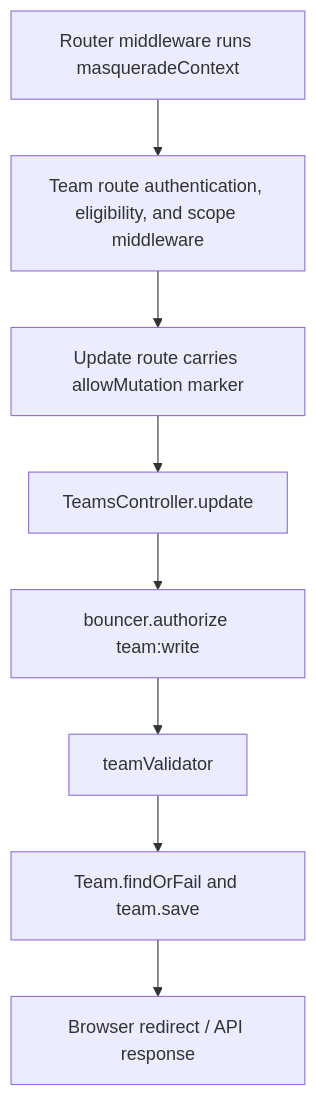
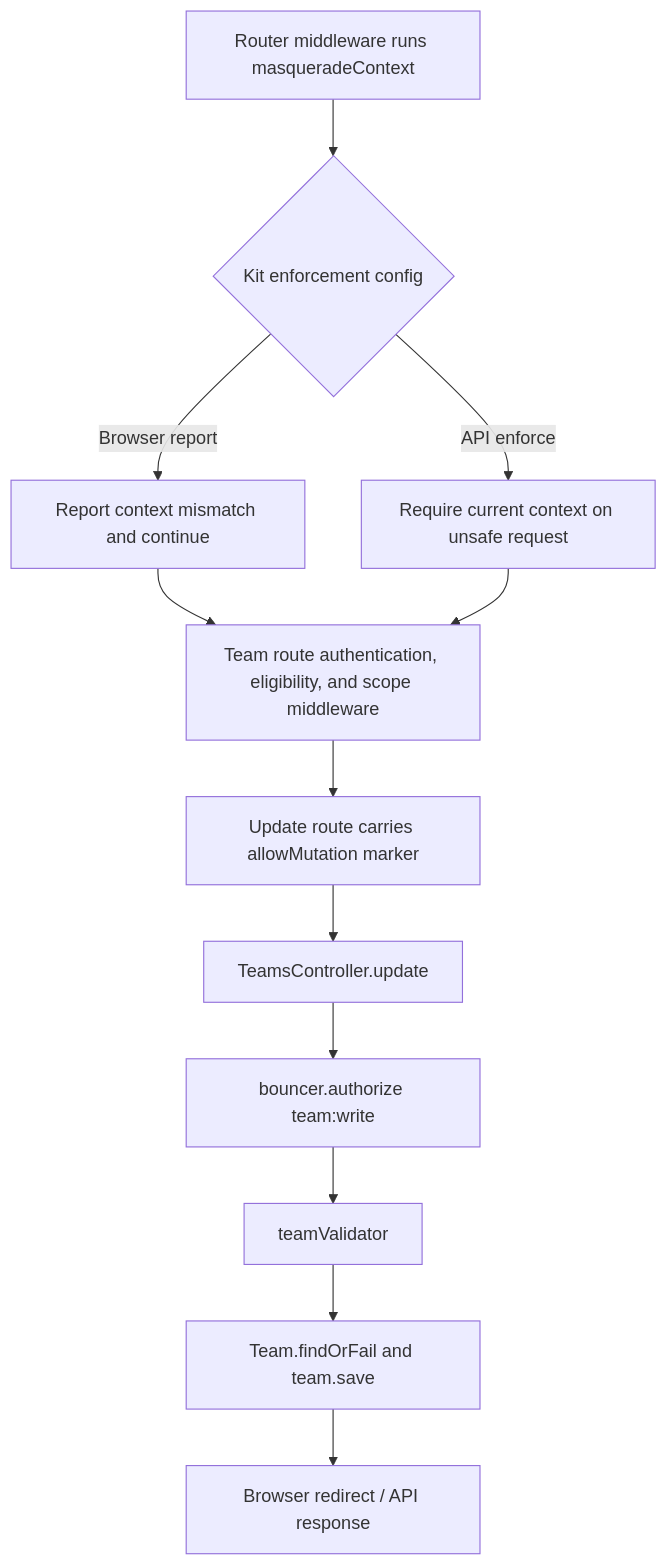
One commit to Kevinjohn/oss-adonisjs-starter-examples changed the second of 2 diagrams in user-stories/support/us-masq-03-rename-team-as-target.md. Above: the diagram before and after it, drawn with Mermaid. The commit also changed other lines of this file and 5 other files, not shown here.

````diff
--- a/user-stories/support/us-masq-03-rename-team-as-target.md
+++ b/user-stories/support/us-masq-03-rename-team-as-target.md
@@ -45,10 +47,14 @@
 ```mermaid
 flowchart TD
-    A["Router middleware runs masqueradeContext"] --> B["Team route authentication, eligibility, and scope middleware"]
-    B --> C["Update route carries allowMutation marker"]
-    C --> D["TeamsController.update"]
-    D --> E["bouncer.authorize team:write"]
-    E --> F["teamValidator"]
-    F --> G["Team.findOrFail and team.save"]
-    G --> H["Browser redirect / API response"]
+    A["Router middleware runs masqueradeContext"] --> B{"Kit enforcement config"}
+    B -->|Browser report| C["Report context mismatch and continue"]
+    B -->|API enforce| D["Require current context on unsafe request"]
+    C --> E["Team route authentication, eligibility, and scope middleware"]
+    D --> E
+    E --> F["Update route carries allowMutation marker"]
+    F --> G["TeamsController.update"]
+    G --> H["bouncer.authorize team:write"]
+    H --> I["teamValidator"]
+    I --> J["Team.findOrFail and team.save"]
+    J --> K["Browser redirect / API response"]
 ```
````
